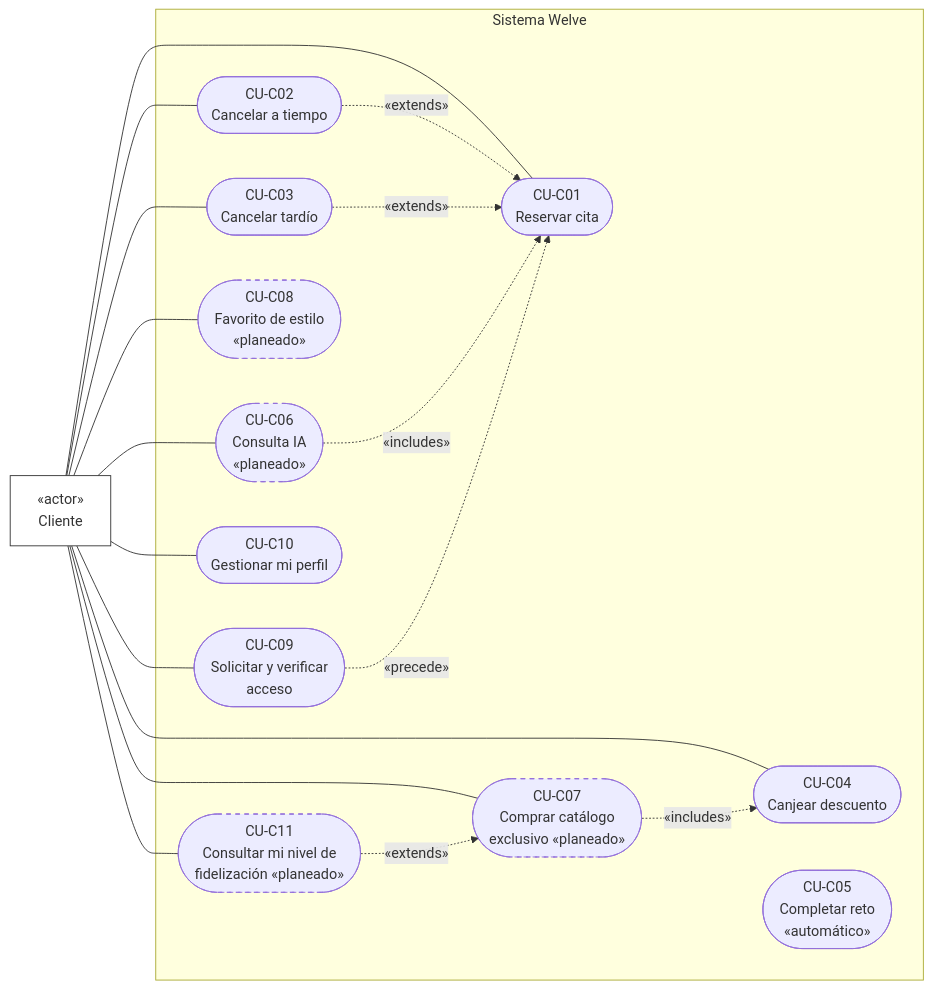
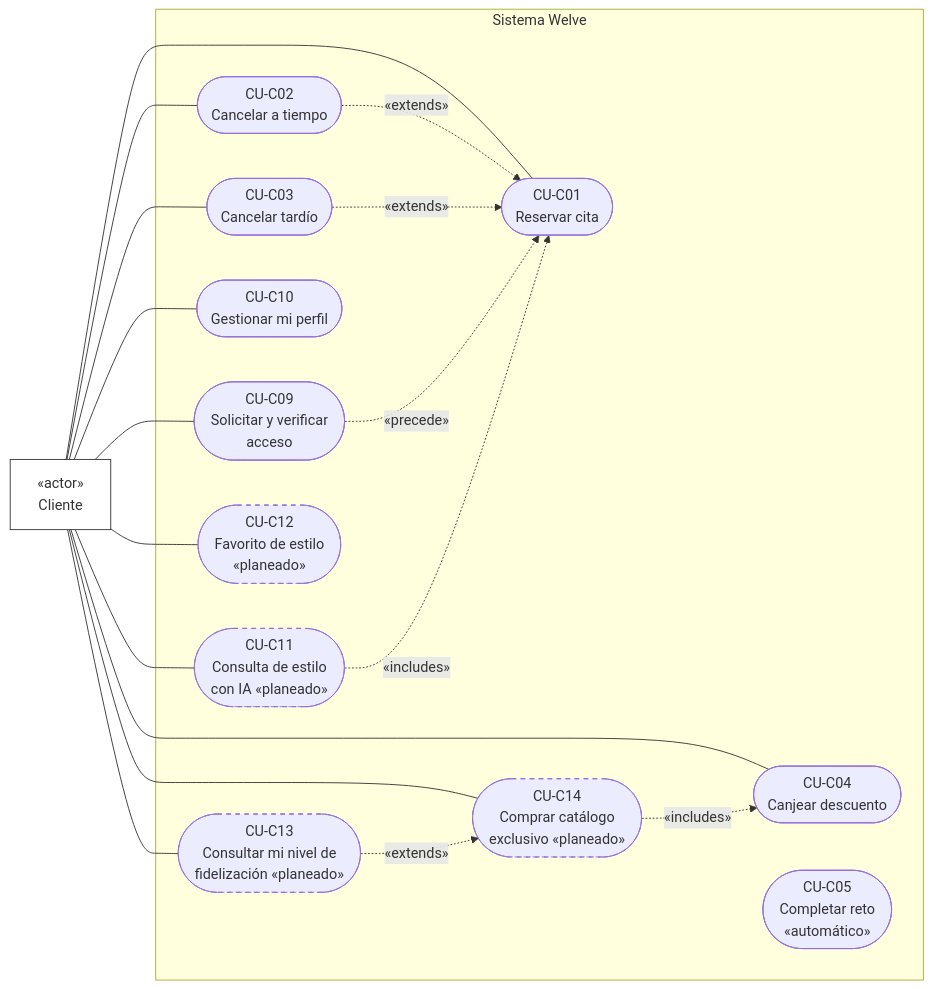
The first of 3 diagrams in docs/tesis/02_CASOS_DE_USO_UML.md (Alezzandromv/welve), drawn with Mermaid before and after one commit. The commit also changed other lines of this file and 9 other files, not shown here.

````diff
--- a/docs/tesis/02_CASOS_DE_USO_UML.md
+++ b/docs/tesis/02_CASOS_DE_USO_UML.md
@@ -31,41 +43,41 @@
 ```mermaid
 flowchart LR
     Cliente["«actor»<br/>Cliente"]
 
     subgraph SistemaC["Sistema Welve"]
         CUC01(["CU-C01<br/>Reservar cita"])
         CUC02(["CU-C02<br/>Cancelar a tiempo"])
         CUC03(["CU-C03<br/>Cancelar tardío"])
         CUC04(["CU-C04<br/>Canjear descuento"])
         CUC05(["CU-C05<br/>Completar reto<br/>«automático»"])
-        CUC06(["CU-C06<br/>Consulta IA<br/>«planeado»"])
-        CUC07(["CU-C07<br/>Comprar catálogo<br/>exclusivo «planeado»"])
-        CUC08(["CU-C08<br/>Favorito de estilo<br/>«planeado»"])
         CUC09(["CU-C09<br/>Solicitar y verificar<br/>acceso"])
         CUC10(["CU-C10<br/>Gestionar mi perfil"])
-        CUC11(["CU-C11<br/>Consultar mi nivel de<br/>fidelización «planeado»"])
+        CUC11(["CU-C11<br/>Consulta de estilo<br/>con IA «planeado»"])
+        CUC12(["CU-C12<br/>Favorito de estilo<br/>«planeado»"])
+        CUC13(["CU-C13<br/>Consultar mi nivel de<br/>fidelización «planeado»"])
+        CUC14(["CU-C14<br/>Comprar catálogo<br/>exclusivo «planeado»"])
     end
 
     Cliente --- CUC01
     Cliente --- CUC02
     Cliente --- CUC03
     Cliente --- CUC04
-    Cliente --- CUC06
-    Cliente --- CUC07
-    Cliente --- CUC08
     Cliente --- CUC09
     Cliente --- CUC10
     Cliente --- CUC11
+    Cliente --- CUC12
+    Cliente --- CUC13
+    Cliente --- CUC14
 
     CUC02 -. "«extends»" .-> CUC01
     CUC03 -. "«extends»" .-> CUC01
-    CUC06 -. "«includes»" .-> CUC01
-    CUC07 -. "«includes»" .-> CUC04
     CUC09 -. "«precede»" .-> CUC01
-    CUC11 -. "«extends»" .-> CUC07
+    CUC11 -. "«includes»" .-> CUC01
+    CUC14 -. "«includes»" .-> CUC04
+    CUC13 -. "«extends»" .-> CUC14
 
     classDef actor fill:#fff,stroke:#333,stroke-width:1px
     classDef planeado stroke-dasharray: 5 5
     class Cliente actor
-    class CUC06,CUC07,CUC08,CUC11 planeado
+    class CUC11,CUC12,CUC13,CUC14 planeado
 ```
````
